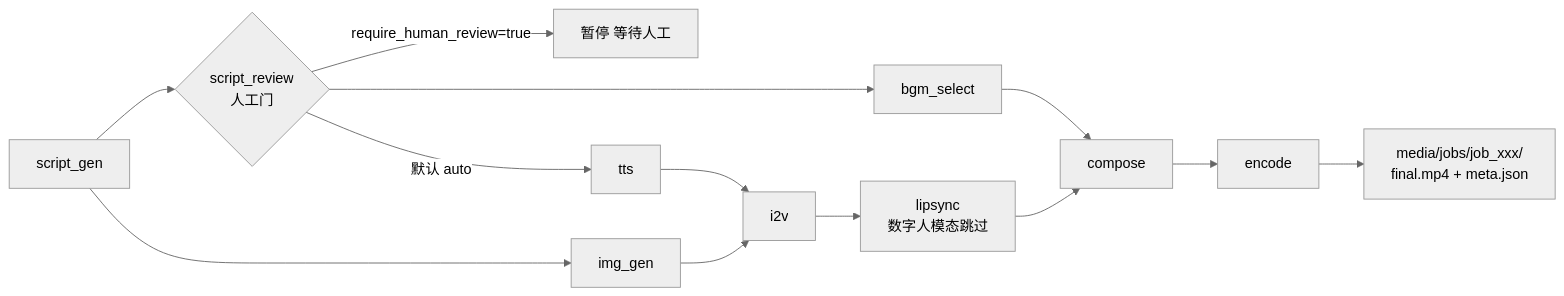
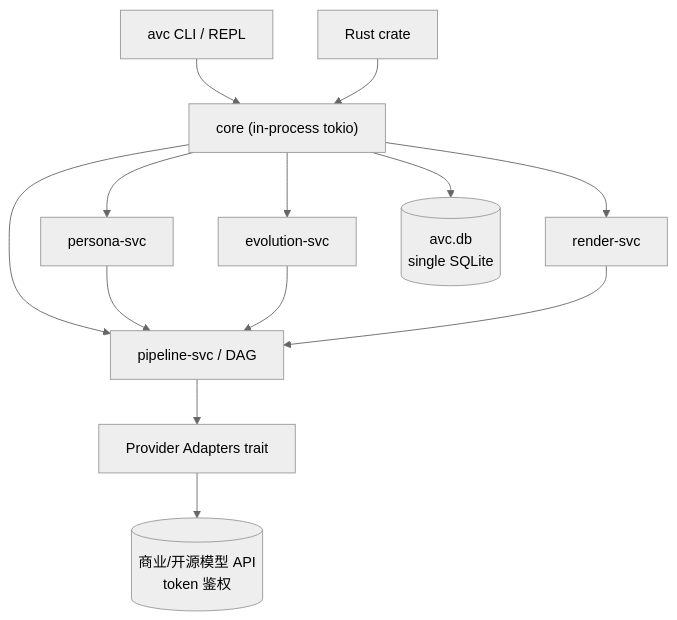
One commit to growdu/avcore changed the first of 3 diagrams in docs/architecture.md. Above: the diagram before and after it, drawn with Mermaid (neutral theme). The commit also changed other lines of this file and 13 other files, not shown here.

````diff
--- a/docs/architecture.md
+++ b/docs/architecture.md
@@ -387,15 +9,18 @@
 ```mermaid
-flowchart LR
-    SG[script_gen] --> SR{script_review<br/>人工门}
-    SR -->|"require_human_review=true"| HALT[暂停 等待人工]
-    SR -->|"默认 auto"| TT[tts]
-    SR --> BGM[bgm_select]
-    SG --> IMG[img_gen]
-    TT --> I2V[i2v]
-    IMG --> I2V
-    I2V --> LIP[lipsync<br/>数字人模态跳过]
-    BGM --> CMP[compose]
-    LIP --> CMP
-    CMP --> ENC[encode]
-    ENC --> OUT["media/jobs/job_xxx/<br/>final.mp4 + meta.json"]
+flowchart TB
+    CLI["avc CLI / REPL"]
+    REPL["Rust crate"]
+    CLI --> CORE
+    REPL --> CORE
+    CORE["core (in-process tokio)"]
+    CORE --> PS[persona-svc]
+    CORE --> ES[evolution-svc]
+    CORE --> RS[render-svc]
+    CORE --> PL[pipeline-svc / DAG]
+    PS --> PL
+    ES --> PL
+    RS --> PL
+    PL --> PR[Provider Adapters trait]
+    PR --> API[(商业/开源模型 API<br/>token 鉴权)]
+    CORE --> DB[(avc.db<br/>single SQLite)]
 ```
````
